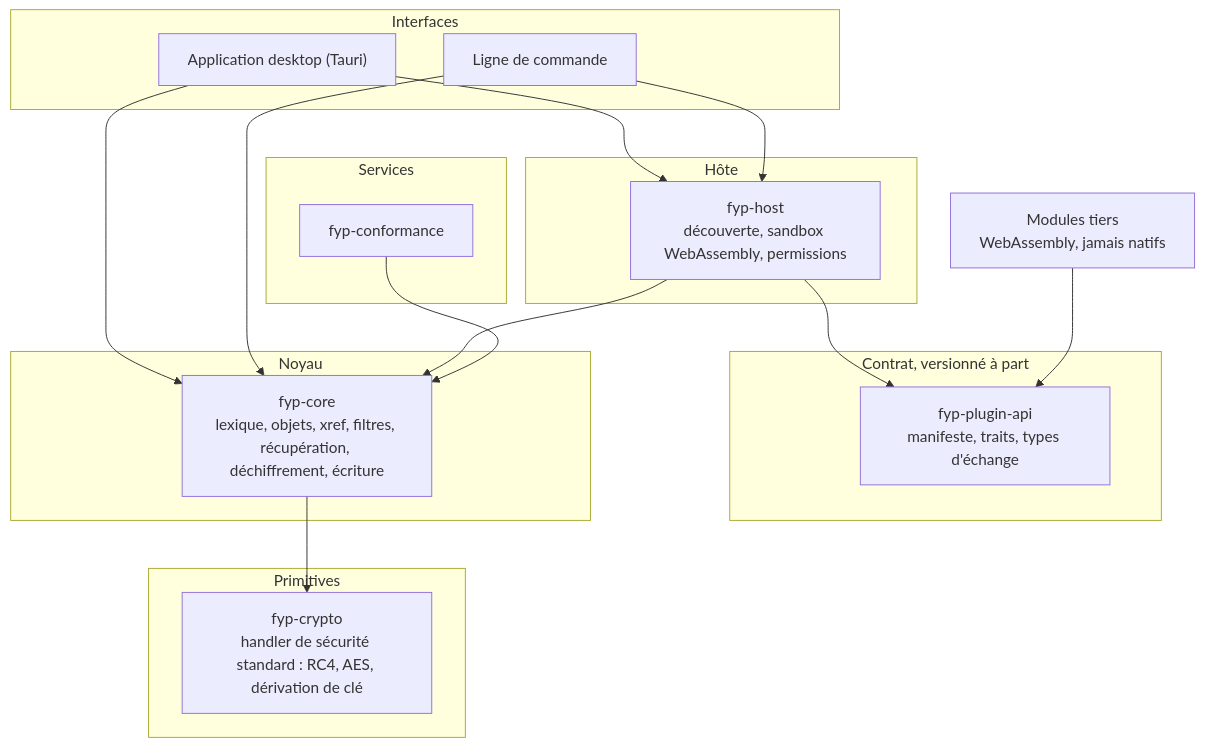
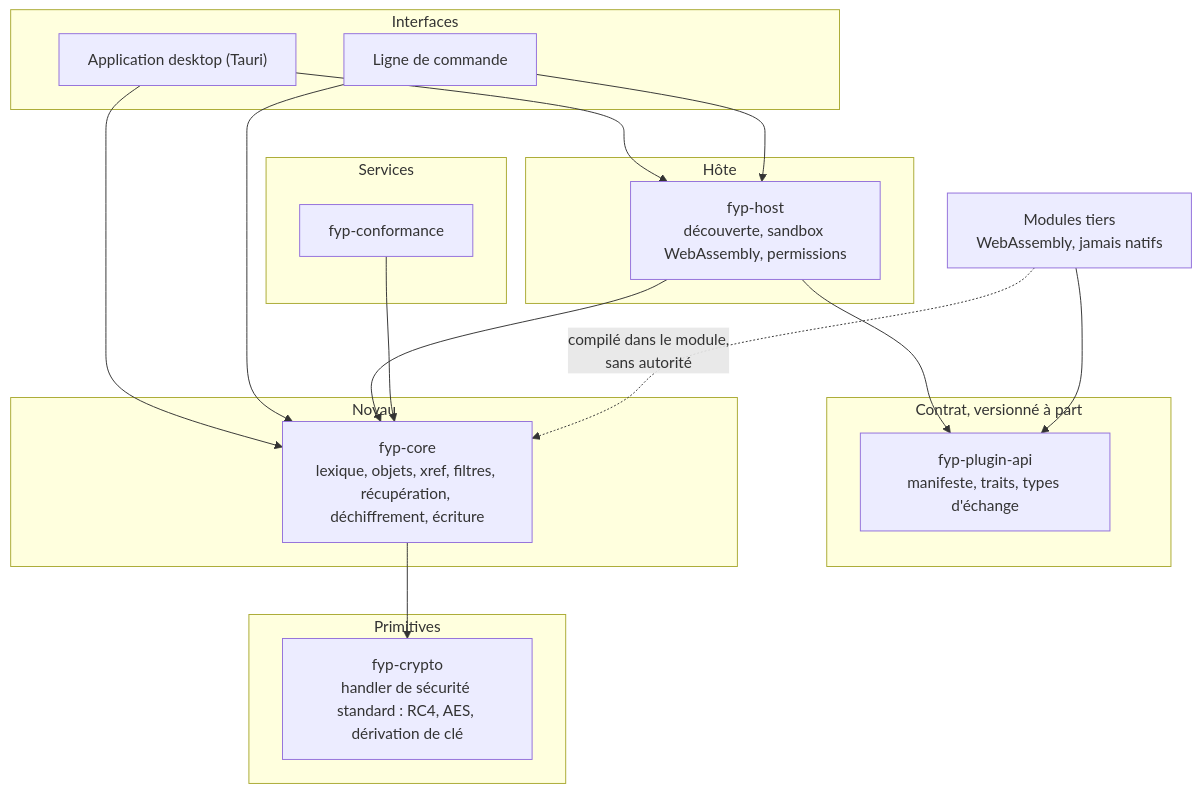
Before and after one commit to LePetitCarcajou/4youpdf: the first of 4 diagrams in docs/diagrams.md, drawn with Mermaid. The commit also changed other lines of this file and 27 other files, not shown here.

````diff
--- a/docs/diagrams.md
+++ b/docs/diagrams.md
@@ -22,33 +25,34 @@
 ```mermaid
 flowchart TB
     subgraph interfaces["Interfaces"]
         app["Application desktop (Tauri)"]
         cli["Ligne de commande"]
     end
     subgraph hote["Hôte"]
         host["fyp-host<br/>découverte, sandbox WebAssembly, permissions"]
     end
     subgraph contrat["Contrat, versionné à part"]
         api["fyp-plugin-api<br/>manifeste, traits, types d'échange"]
     end
     subgraph services["Services"]
         conformance["fyp-conformance"]
     end
     subgraph noyau["Noyau"]
         core["fyp-core<br/>lexique, objets, xref, filtres, récupération, déchiffrement, écriture"]
     end
     subgraph primitives["Primitives"]
         crypto["fyp-crypto<br/>handler de sécurité standard : RC4, AES, dérivation de clé"]
     end
     plugins["Modules tiers<br/>WebAssembly, jamais natifs"]
 
     app --> host
     cli --> host
     app --> core
     cli --> core
     host --> api
     host --> core
     conformance --> core
     core --> crypto
     plugins --> api
+    plugins -. "compilé dans le module,<br/>sans autorité" .-> core
 ```
````
